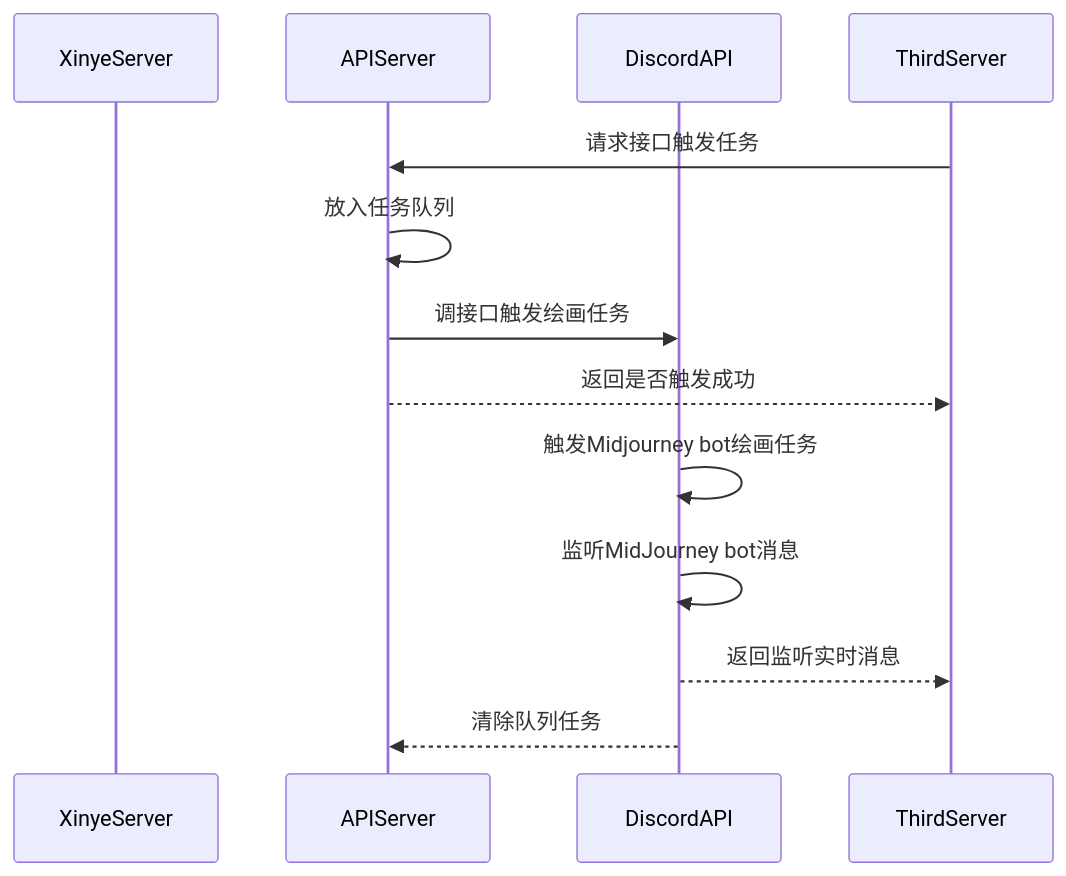
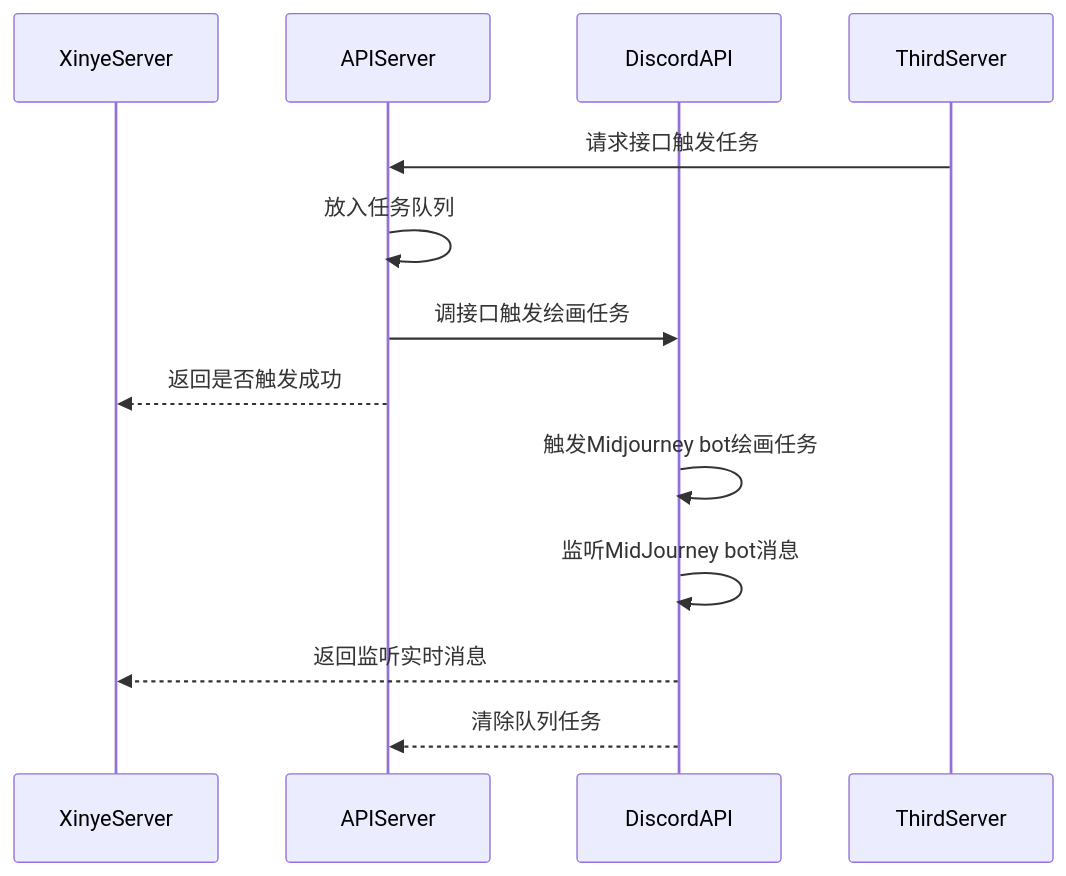
Before and after one commit to dengbin9009/midjourney-api: the diagram in README.md, drawn with Mermaid.

````diff
--- a/README.md
+++ b/README.md
@@ -12,16 +12,16 @@
 ```mermaid
 sequenceDiagram
     participant XinyeServer
     participant APIServer
     participant DiscordAPI
 
     ThirdServer->>APIServer: 请求接口触发任务
     APIServer->>APIServer: 放入任务队列
     APIServer->>DiscordAPI: 调接口触发绘画任务
-    APIServer-->>ThirdServer: 返回是否触发成功
+    APIServer-->>XinyeServer: 返回是否触发成功
 
     DiscordAPI->>DiscordAPI: 触发Midjourney bot绘画任务
     DiscordAPI->>DiscordAPI: 监听MidJourney bot消息
-    DiscordAPI-->>ThirdServer: 返回监听实时消息
+    DiscordAPI-->>XinyeServer: 返回监听实时消息
     DiscordAPI-->>APIServer: 清除队列任务
 ```
````
